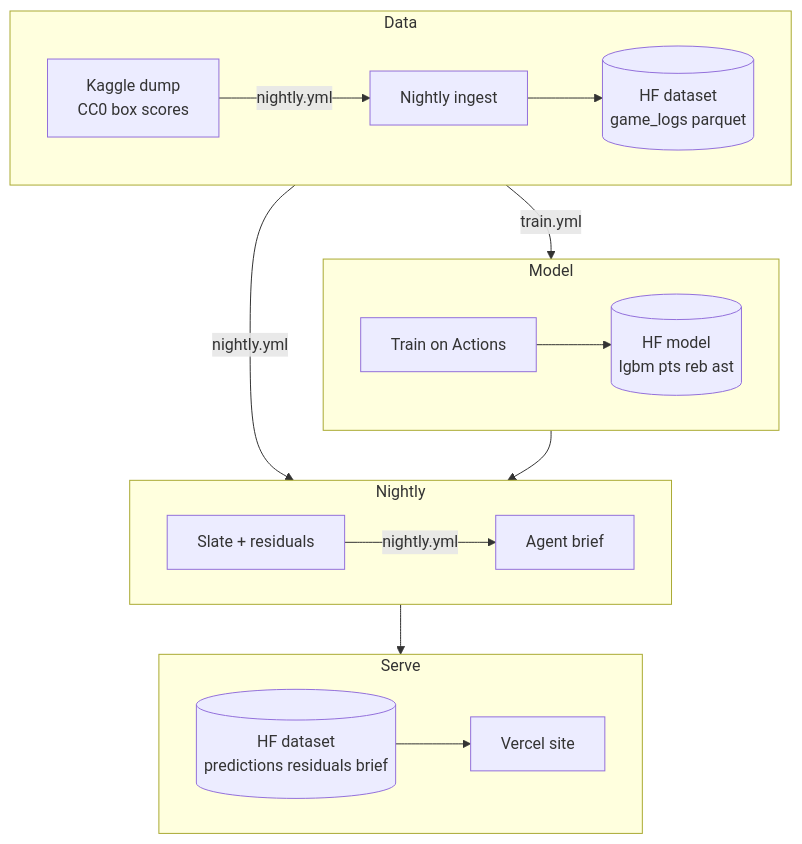
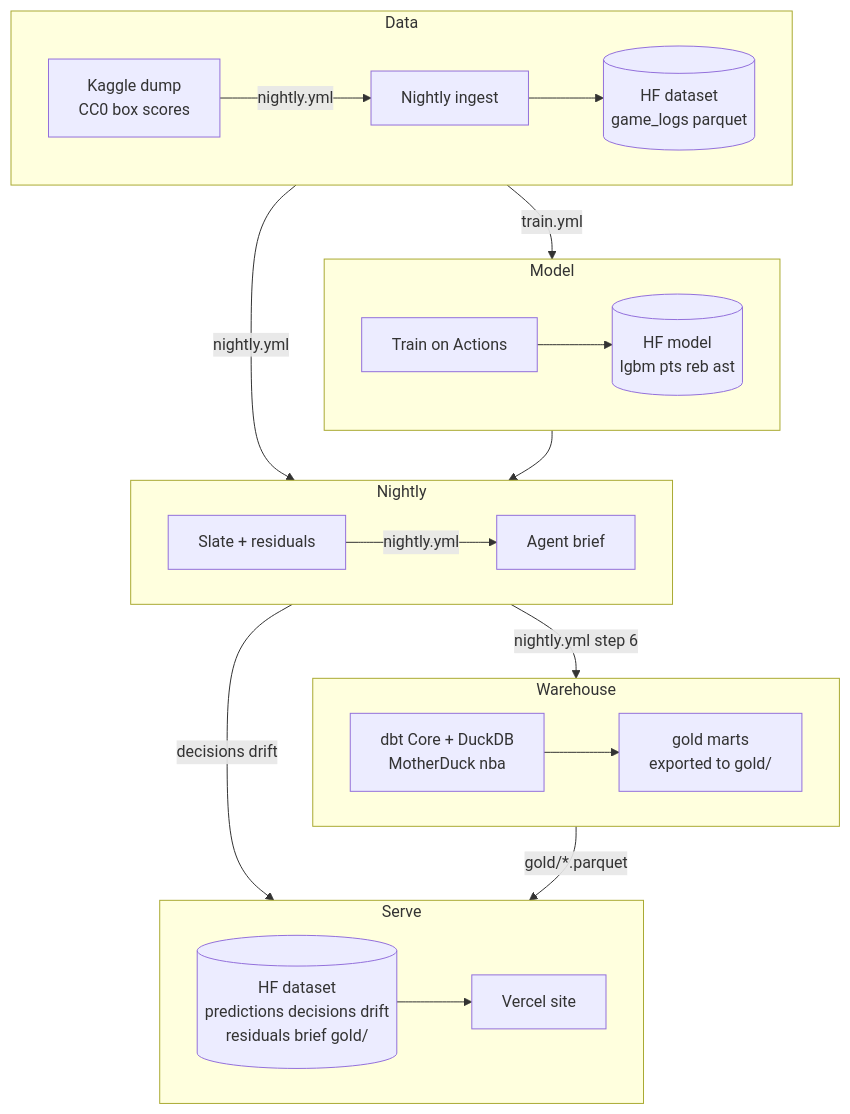
One commit to cbratkovics/nba-ai-ml changed the diagram in README.md. Above: the diagram before and after it, drawn with Mermaid. The commit also changed other lines of this file and 9 other files, not shown here.

````diff
--- a/README.md
+++ b/README.md
@@ -23,24 +23,30 @@
 ```mermaid
 flowchart TB
     subgraph Data
         direction LR
         K[Kaggle dump<br/>CC0 box scores] -->|nightly.yml| I[Nightly ingest]
         I --> D[(HF dataset<br/>game_logs parquet)]
     end
     subgraph Model
         direction LR
         T[Train on Actions] --> M[(HF model<br/>lgbm pts reb ast)]
     end
     subgraph Nightly
         direction LR
         S[Slate + residuals] -->|nightly.yml| A[Agent brief]
     end
     subgraph Serve
         direction LR
-        P[(HF dataset<br/>predictions residuals brief)] --> V[Vercel site]
+        P[(HF dataset<br/>predictions decisions drift<br/>residuals brief gold/)] --> V[Vercel site]
+    end
+    subgraph Warehouse
+        direction LR
+        W[dbt Core + DuckDB<br/>MotherDuck nba] --> G[gold marts<br/>exported to gold/]
     end
     Data -->|train.yml| Model
     Data -->|nightly.yml| Nightly
     Model --> Nightly
-    Nightly --> Serve
+    Nightly -->|decisions drift| Serve
+    Nightly -->|nightly.yml step 6| Warehouse
+    Warehouse -->|gold/*.parquet| Serve
 ```
````
